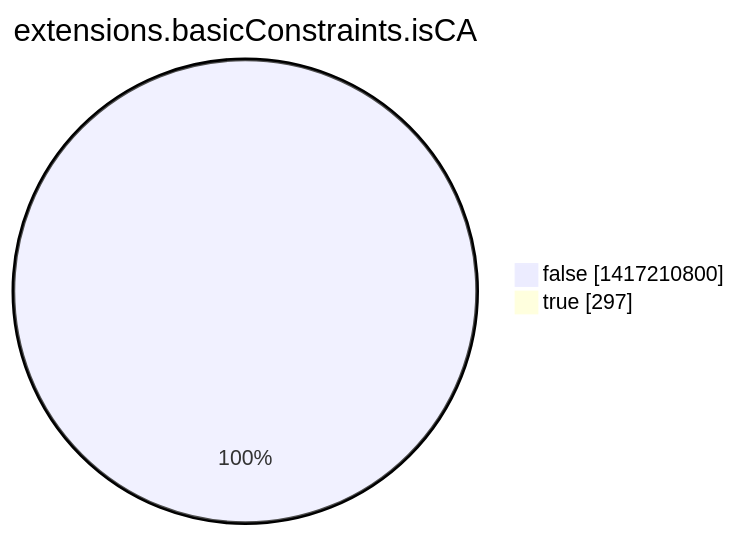
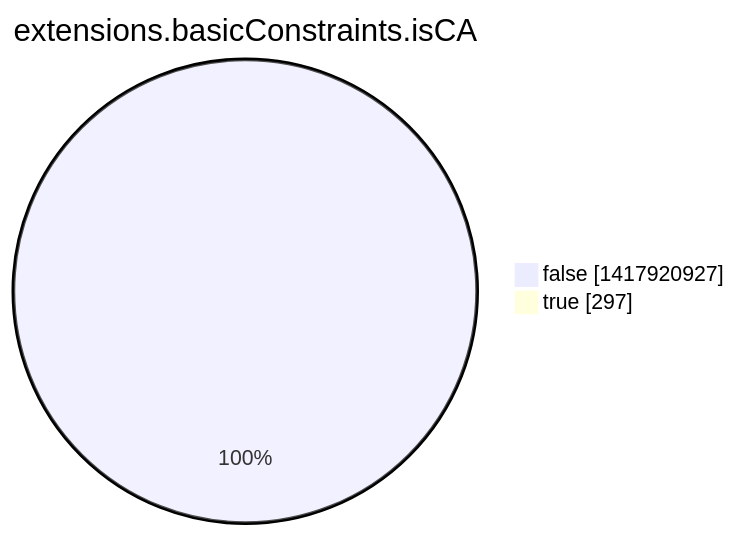
Before and after one commit to christiankrug/ctmonitor_visualization: the eighth of 15 diagrams in argon2022/README.md, drawn with Mermaid. The commit also changed other lines of this file, not shown here.

````diff
--- a/argon2022/README.md
+++ b/argon2022/README.md
@@ -2760,6 +2760,6 @@
 ```mermaid
 pie showData
 title extensions.basicConstraints.isCA
-"false" :1417210800
+"false" :1417920927
 "true" :297
 ```
````
